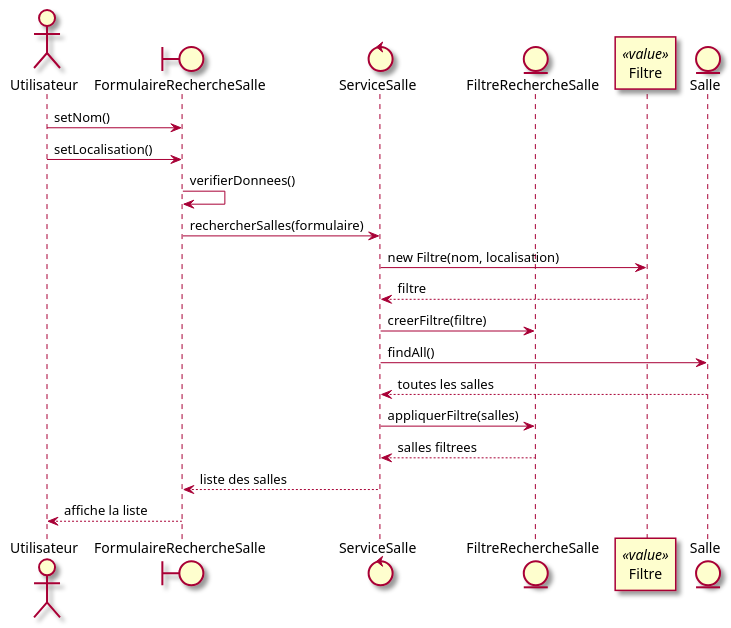
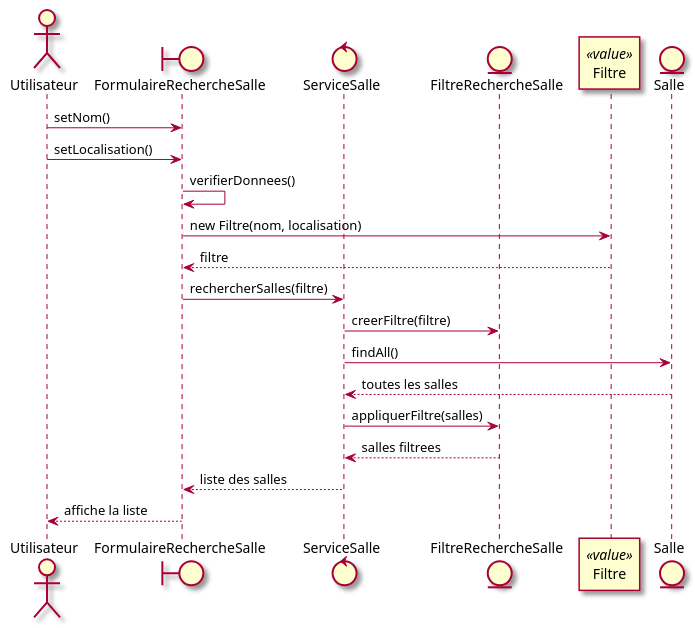
Before and after one commit to mrajaonson/glg204-room-management-system: diagram 41 of 60 in docs/02-Analyse.md, drawn with PlantUML. The commit also changed other lines of this file and 4 other files, not shown here.

````diff
--- a/docs/02-Analyse.md
+++ b/docs/02-Analyse.md
@@ -1473,26 +1473,26 @@
 ```plantuml
 @startuml
 skin rose
 
 actor Utilisateur as u
 boundary FormulaireRechercheSalle as ui
 control ServiceSalle as svc
 entity FiltreRechercheSalle as filtre
 participant Filtre as f <<value>>
 entity Salle as salle
 
 u -> ui : setNom()
 u -> ui : setLocalisation()
 ui -> ui : verifierDonnees()
-ui -> svc : rechercherSalles(formulaire)
-svc -> f : new Filtre(nom, localisation)
-f --> svc : filtre
+ui -> f : new Filtre(nom, localisation)
+f --> ui : filtre
+ui -> svc : rechercherSalles(filtre)
 svc -> filtre : creerFiltre(filtre)
 svc -> salle : findAll()
 salle --> svc : toutes les salles
 svc -> filtre : appliquerFiltre(salles)
 filtre --> svc : salles filtrees
 svc --> ui : liste des salles
 ui --> u : affiche la liste
 @enduml
 ```
````
